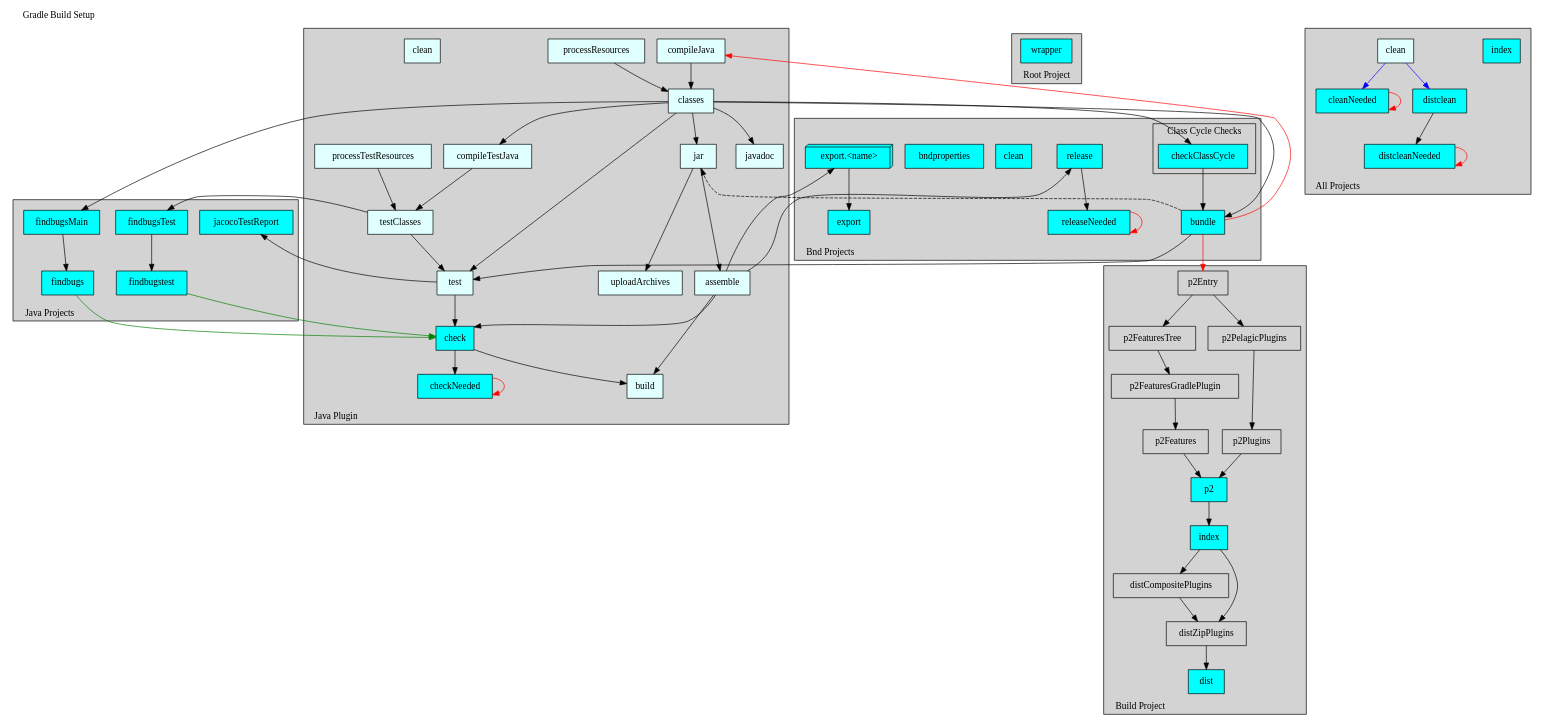
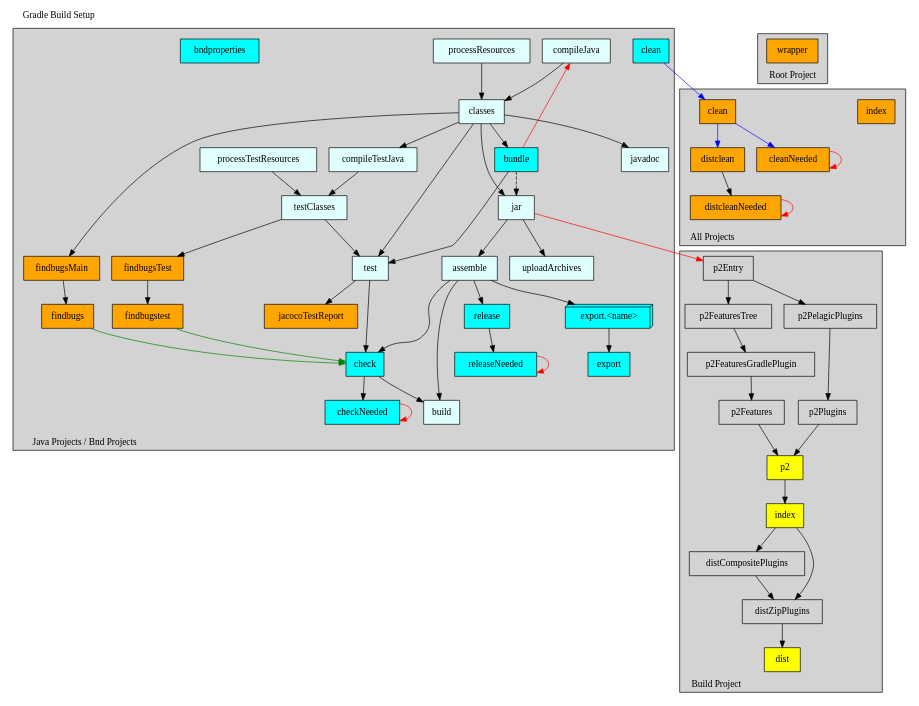
The diagram in cnf/gradle/doc/pelagic.dot (paulvi/bndtoolsPlugins), drawn with Graphviz before and after one commit. The commit also changed 5 other files, not shown here.

```diff
--- a/cnf/gradle/doc/pelagic.dot
+++ b/cnf/gradle/doc/pelagic.dot
@@ -1,10 +1,19 @@
+/*
+ * WARNING
+ *
+ * To create an SVG diagram from this file, install graphviz and run:
+ *   dot -Tsvg "$1.dot" -o "$1.svg"   (on a Linux   machine)
+ *   dot -Tsvg "%1.dot" -o "%1.svg"   (on a Windows machine)
+ */
+
+
 digraph GradleSetup {
   label="Gradle Build Setup"
   labelloc=t
   labeljust=l
 
   subgraph cluster1 {
-    label="Java Plugin";
+    label="Java Projects / Bnd Projects";
     labelloc=b
     labeljust=l
     style=filled;
@@ -18,6 +27,7 @@
       processResources     [shape=box, style=filled, fillcolor=lightcyan, label="processResources"    ]
       classes              [shape=box, style=filled, fillcolor=lightcyan, label="classes"             ]
       jar                  [shape=box, style=filled, fillcolor=lightcyan, label="jar"                 ]
+      bundle               [shape=box, style=filled, fillcolor=cyan     , label="bundle"              ]
     }
 
     subgraph cluster12 {
@@ -27,8 +37,7 @@
       processTestResources [shape=box, style=filled, fillcolor=lightcyan, label="processTestResources"]
       testClasses          [shape=box, style=filled, fillcolor=lightcyan, label="testClasses"         ]
       test                 [shape=box, style=filled, fillcolor=lightcyan, label="test"                ]
-      check                [shape=box, style=filled, fillcolor=cyan     , label="check"               ]
-      checkNeeded          [shape=box, style=filled, fillcolor=cyan     , label="checkNeeded"         ]
+      jacocoTestReport     [shape=box, style=filled, fillcolor=orange   , label="jacocoTestReport"    ]
     }
 
     subgraph cluster13 {
@@ -38,9 +47,40 @@
       assemble             [shape=box, style=filled, fillcolor=lightcyan, label="assemble"            ]
     }
 
+    subgraph cluster14 {
+      label="";
+      style=invis;
+      check                [shape=box, style=filled, fillcolor=cyan     , label="check"               ]
+      checkNeeded          [shape=box, style=filled, fillcolor=cyan     , label="checkNeeded"         ]
+    }
+
+    subgraph cluster15 {
+      label="";
+      style=invis;
+      release              [shape=box, style=filled, fillcolor=cyan     , label="release"             ]
+      releaseNeeded        [shape=box, style=filled, fillcolor=cyan     , label="releaseNeeded"       ]
+    }
+
+    subgraph cluster16 {
+      label="";
+      style=invis;
+      exportX              [shape=box3d, style=filled, fillcolor=cyan   , label="export.<name>"       ]
+      export               [shape=box  , style=filled, fillcolor=cyan   , label="export"              ]
+    }
+
+    subgraph cluster17 {
+      label="";
+      style=invis;
+      findbugs             [shape=box, style=filled, fillcolor=orange   , label="findbugs"            ]
+      findbugsMain         [shape=box, style=filled, fillcolor=orange   , label="findbugsMain"        ]
+      findbugstest         [shape=box, style=filled, fillcolor=orange   , label="findbugstest"        ]
+      findbugsTest         [shape=box, style=filled, fillcolor=orange   , label="findbugsTest"        ]
+    }
+
     build                  [shape=box, style=filled, fillcolor=lightcyan, label="build"               ]
     javadoc                [shape=box, style=filled, fillcolor=lightcyan, label="javadoc"             ]
-    cleanJava              [shape=box, style=filled, fillcolor=lightcyan, label="clean"               ]
+    clean                  [shape=box, style=filled, fillcolor=cyan     , label="clean"               ]
+    bndproperties          [shape=box, style=filled, fillcolor=cyan     , label="bndproperties"       ]
 
     compileJava            -> classes
     processResources       -> classes
@@ -59,52 +99,6 @@
     check                  -> checkNeeded
     checkNeeded            -> checkNeeded        [color=red   ]
     check                  -> build
-  }
-
-
-  subgraph cluster2 {
-    label="Bnd Projects";
-    labelloc=b
-    labeljust=l
-    style=filled;
-    fillcolor=lightgrey;
-    color=black;
-
-    subgraph cluster21 {
-      label="";
-      style=invis;
-      bundle               [shape=box, style=filled, fillcolor=cyan     , label="bundle"              ]
-    }
-
-    subgraph cluster22 {
-      label="";
-      style=invis;
-      release              [shape=box, style=filled, fillcolor=cyan     , label="release"             ]
-      releaseNeeded        [shape=box, style=filled, fillcolor=cyan     , label="releaseNeeded"       ]
-    }
-
-    subgraph cluster23 {
-      label="";
-      style=invis;
-      cleanBnd             [shape=box,   style=filled, fillcolor=cyan   , label="clean"               ]
-      bndproperties        [shape=box,   style=filled, fillcolor=cyan   , label="bndproperties"       ]
-      exportX              [shape=box3d, style=filled, fillcolor=cyan   , label="export.<name>"       ]
-      export               [shape=box,   style=filled, fillcolor=cyan   , label="export"              ]
-    }
-
-  subgraph cluster100 {
-    label="Class Cycle Checks";
-    labelloc=t
-    labeljust=l
-    style=filled;
-    fillcolor=lightgrey;
-    color=black;
-
-    checkClassCycle        [shape=box, style=filled, fillcolor=cyan     , label="checkClassCycle"     ]
-
-    classes                -> checkClassCycle
-    checkClassCycle        -> bundle
-  }
 
     classes                -> bundle
     bundle                 -> compileJava        [color=red   ]
@@ -115,44 +109,6 @@
     exportX                -> export
     release                -> releaseNeeded
     releaseNeeded          -> releaseNeeded      [color=red   ]
-  }
-
-
-  subgraph cluster3 {
-    label="Root Project";
-    labelloc=b
-    labeljust=l
-    style=filled;
-    fillcolor=lightgrey;
-    color=black;
-
-    wrapper                [shape=box, style=filled, fillcolor=cyan     , label="wrapper"             ]
-  }
-
-
-  subgraph cluster4 {
-    label="Java Projects";
-    labelloc=b
-    labeljust=l
-    style=filled;
-    fillcolor=lightgrey;
-    color=black;
-
-    subgraph cluster41 {
-      label="";
-      style=invis;
-      findbugstest         [shape=box, style=filled, fillcolor=cyan     , label="findbugstest"        ]
-      findbugsTest         [shape=box, style=filled, fillcolor=cyan     , label="findbugsTest"        ]
-    }
-
-    subgraph cluster42 {
-      label="";
-      style=invis;
-      findbugs             [shape=box, style=filled, fillcolor=cyan     , label="findbugs"            ]
-      findbugsMain         [shape=box, style=filled, fillcolor=cyan     , label="findbugsMain"        ]
-    }
-
-    jacocoTestReport       [shape=box, style=filled, fillcolor=cyan     , label="jacocoTestReport"    ]
 
     classes                -> findbugsMain
     testClasses            -> findbugsTest
@@ -164,7 +120,19 @@
   }
 
 
-  subgraph cluster5 {
+  subgraph cluster2 {
+    label="Root Project";
+    labelloc=b
+    labeljust=l
+    style=filled;
+    fillcolor=lightgrey;
+    color=black;
+
+    wrapper                [shape=box, style=filled, fillcolor=orange   , label="wrapper"             ]
+  }
+
+
+ subgraph cluster3 {
     label="All Projects";
     labelloc=b
     labeljust=l
@@ -172,29 +140,31 @@
     fillcolor=lightgrey;
     color=black;
 
-    subgraph cluster21 {
+    subgraph cluster31 {
       label="";
       style=invis;
-      index                [shape=box, style=filled, fillcolor=cyan     , label="index"               ]
+      index                [shape=box, style=filled, fillcolor=orange   , label="index"               ]
     }
 
-    subgraph cluster22 {
+    subgraph cluster32 {
       label="";
       style=invis;
-      clean                [shape=box, style=filled, fillcolor=lightcyan, label="clean"               ]
-      cleanNeeded          [shape=box, style=filled, fillcolor=cyan     , label="cleanNeeded"         ]
-      distclean            [shape=box, style=filled, fillcolor=cyan     , label="distclean"           ]
-      distcleanNeeded      [shape=box, style=filled, fillcolor=cyan     , label="distcleanNeeded"     ]
+      cleanAll             [shape=box, style=filled, fillcolor=orange   , label="clean"               ]
+      cleanAllNeeded       [shape=box, style=filled, fillcolor=orange   , label="cleanNeeded"         ]
+      distclean            [shape=box, style=filled, fillcolor=orange   , label="distclean"           ]
+      distcleanNeeded      [shape=box, style=filled, fillcolor=orange   , label="distcleanNeeded"     ]
     }
 
-    clean                  -> cleanNeeded        [color=blue  ]
-    cleanNeeded            -> cleanNeeded        [color=red   ]
-    clean                  -> distclean          [color=blue  ]
+    clean                  -> cleanAll           [color=blue  ]
+    cleanAll               -> cleanAllNeeded     [color=blue  ]
+    cleanAllNeeded         -> cleanAllNeeded     [color=red   ]
+    cleanAll               -> distclean          [color=blue  ]
     distclean              -> distcleanNeeded
     distcleanNeeded        -> distcleanNeeded    [color=red   ]
   }
 
-  subgraph cluster7 {
+
+  subgraph cluster4 {
     label="Build Project";
     labelloc=b
     labeljust=l
@@ -211,15 +181,15 @@
     p2PelagicPlugins       [shape=box, style=filled, fillcolor=none      , label="p2PelagicPlugins"      ]
     p2Plugins              [shape=box, style=filled, fillcolor=none      , label="p2Plugins"             ]
 
-    p2                     [shape=box, style=filled, fillcolor=cyan      , label="p2"                    ]
+    p2                     [shape=box, style=filled, fillcolor=yellow    , label="p2"                    ]
 
-    indexBuild             [shape=box, style=filled, fillcolor=cyan      , label="index"                 ]
+    indexBuild             [shape=box, style=filled, fillcolor=yellow    , label="index"                 ]
 
     distCompositePlugins   [shape=box, style=filled, fillcolor=none      , label="distCompositePlugins"  ]
     distZipPlugins         [shape=box, style=filled, fillcolor=none      , label="distZipPlugins"        ]
-    dist                   [shape=box, style=filled, fillcolor=cyan      , label="dist"                  ]
+    dist                   [shape=box, style=filled, fillcolor=yellow    , label="dist"                  ]
 
-    bundle                 -> p2Entry            [color=red   ]
+    jar                    -> p2Entry            [color=red   ]
 
     p2Entry                -> p2FeaturesTree
     p2FeaturesTree         -> p2FeaturesGradlePlugin
```
